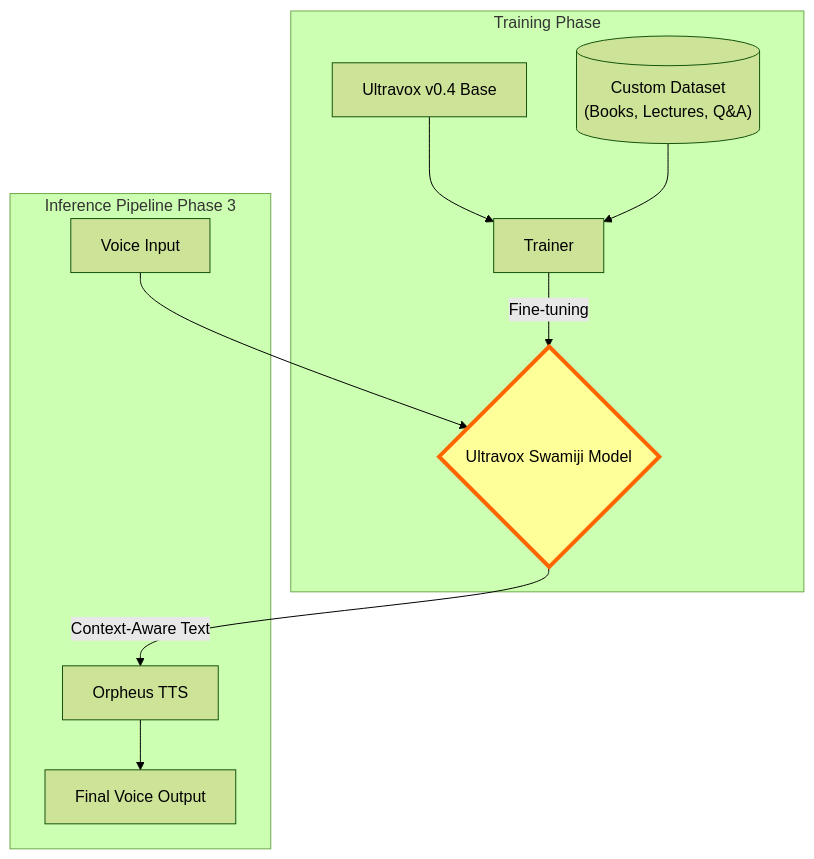
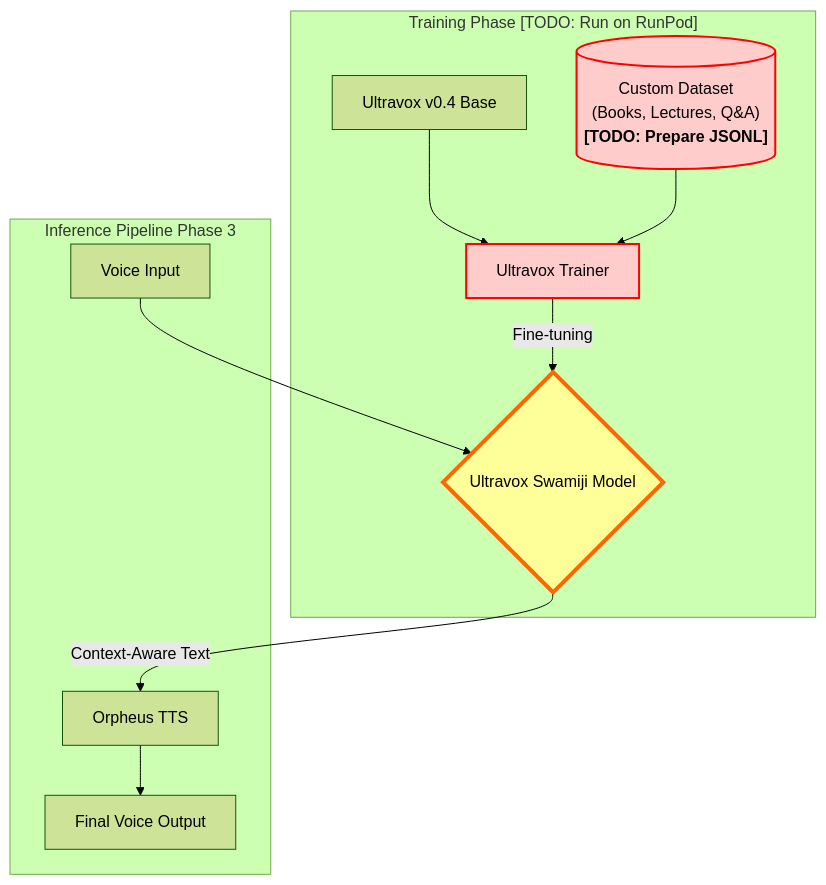
Before and after one commit to ananthgv-usk/ultravox-integrated-with-swamiji: the second of 2 diagrams in ARCHITECTURE.md, drawn with Mermaid (forest theme). The commit also changed other lines of this file, not shown here.

Commit message:
docs: Add explicit TODOs for Phase 3 training in architecture diagram

````diff
--- a/ARCHITECTURE.md
+++ b/ARCHITECTURE.md
@@ -37,18 +37,20 @@
 ```mermaid
 graph TD
-    Dataset[("Custom Dataset<br/>(Books, Lectures, Q&A)")] 
+    Dataset[("Custom Dataset<br/>(Books, Lectures, Q&A)<br/><b>[TODO: Prepare JSONL]</b>")] 
     
-    subgraph Training Phase
-        Base[Ultravox v0.4 Base] --> Trainer
+    subgraph "Training Phase [TODO: Run on RunPod]"
+        Base[Ultravox v0.4 Base] --> Trainer[Ultravox Trainer]
         Dataset --> Trainer
         Trainer -->|Fine-tuning| FT_Model{Ultravox Swamiji Model}
     end
     
+    style Dataset fill:#ffcccc,stroke:#ff0000,stroke-width:2px
+    style Trainer fill:#ffcccc,stroke:#ff0000,stroke-width:2px
     style FT_Model fill:#ffff99,stroke:#ff6600,stroke-width:4px
     
     subgraph Inference Pipeline Phase 3
         Input[Voice Input] --> FT_Model
         FT_Model -->|Context-Aware Text| TTS[Orpheus TTS]
         TTS --> Output[Final Voice Output]
     end
 ```
````
